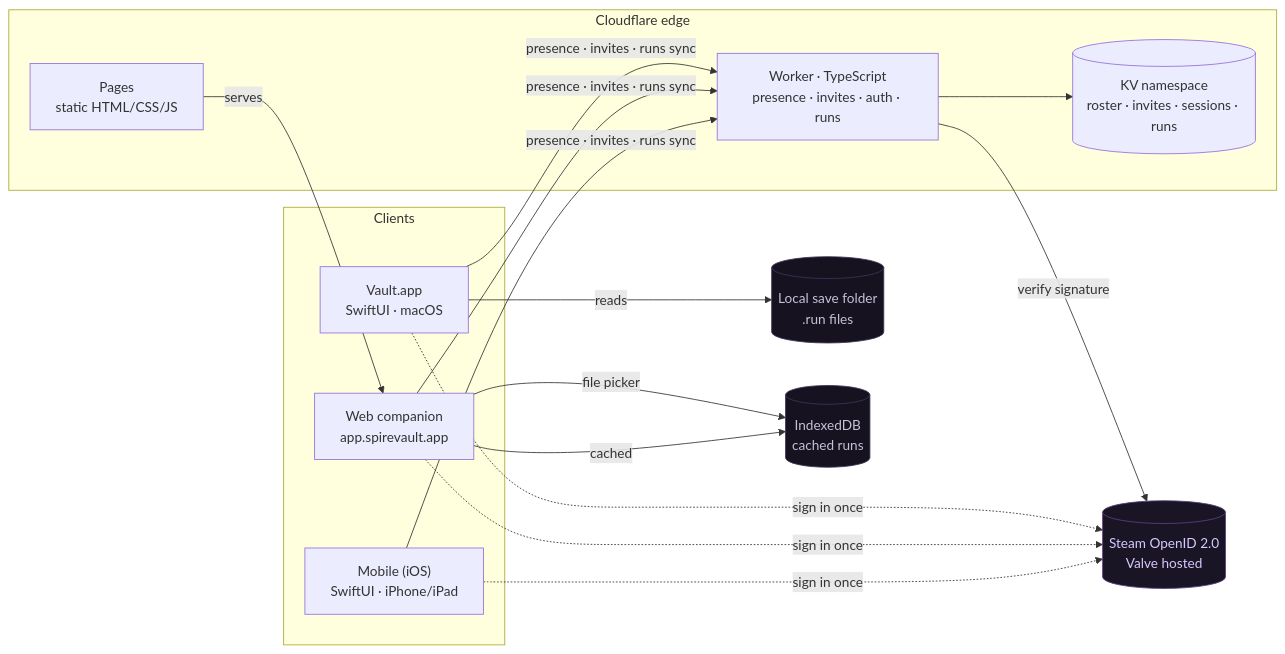
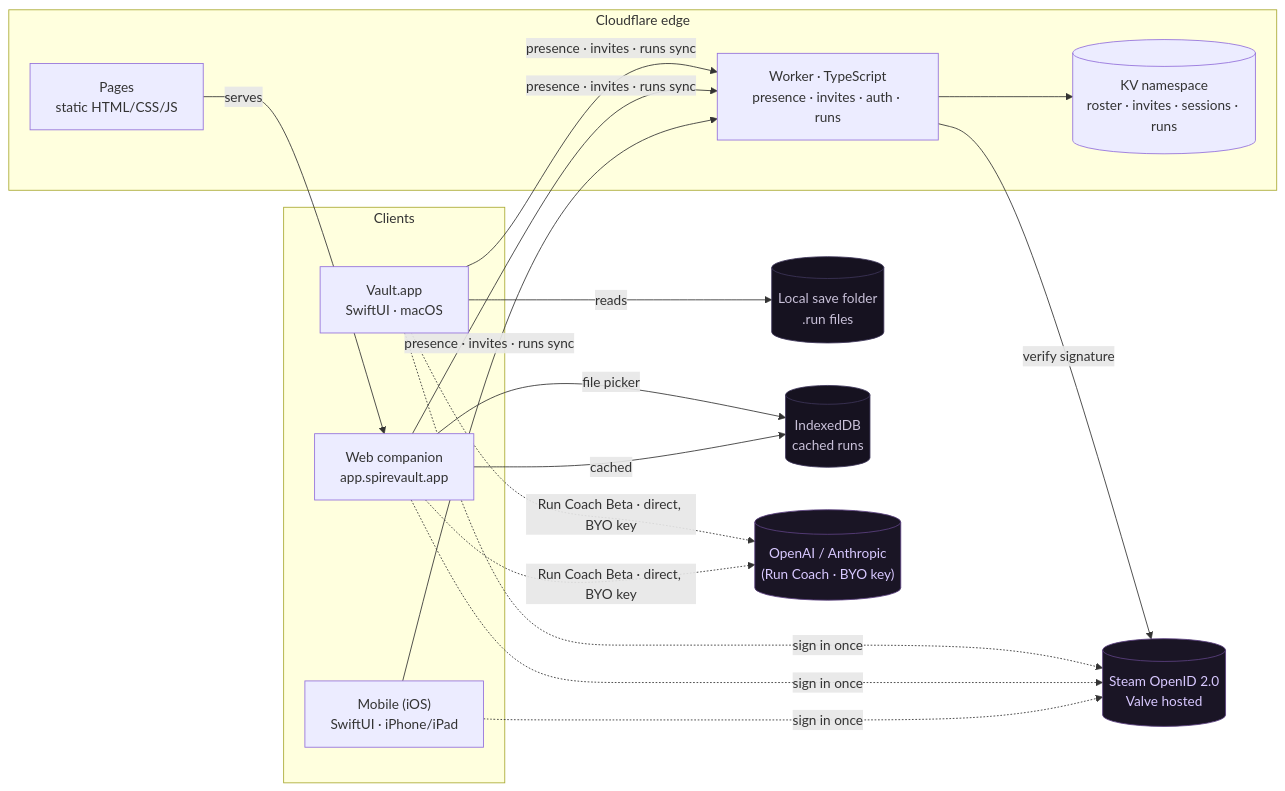
The first of 2 diagrams in README.md (c3rooks/SpireVault), drawn with Mermaid before and after one commit. The commit also changed other lines of this file and 23 other files, not shown here.

First line of the commit message:
v0.9.1 — Run Coach (Beta), persona menu, in-app updates

````diff
--- a/README.md
+++ b/README.md
@@ -32,36 +32,39 @@
 ```mermaid
 flowchart LR
     subgraph clients["Clients"]
       Mac["Vault.app<br/>SwiftUI · macOS"]
       Web["Web companion<br/>app.spirevault.app"]
       Mob["Mobile (iOS)<br/>SwiftUI · iPhone/iPad"]
     end
 
     subgraph cf["Cloudflare edge"]
       Pages["Pages<br/>static HTML/CSS/JS"]
       Worker["Worker · TypeScript<br/>presence · invites · auth · runs"]
       KV[("KV namespace<br/>roster · invites · sessions · runs")]
     end
 
     Steam[("Steam OpenID 2.0<br/>Valve hosted")]
     Disk[("Local save folder<br/>.run files")]
     IDB[("IndexedDB<br/>cached runs")]
+    AI[("OpenAI / Anthropic<br/>(Run Coach · BYO key)")]
 
     Mac -- reads --> Disk
     Web -- file picker --> IDB
     Web -- cached --> IDB
     Mac -- "presence · invites · runs sync" --> Worker
     Web -- "presence · invites · runs sync" --> Worker
     Mob -- "presence · invites · runs sync" --> Worker
     Pages -- serves --> Web
     Worker -- verify signature --> Steam
     Worker --> KV
     Mac -. sign in once .-> Steam
     Web -. sign in once .-> Steam
     Mob -. sign in once .-> Steam
+    Mac -. "Run Coach Beta · direct, BYO key" .-> AI
+    Web -. "Run Coach Beta · direct, BYO key" .-> AI
 
     classDef ext fill:#1a1525,stroke:#5b4080,color:#d8c8ff;
     classDef store fill:#161220,stroke:#3d3458,color:#c8c0d8;
-    class Steam ext
+    class Steam,AI ext
     class Disk,IDB store
 ```
````
